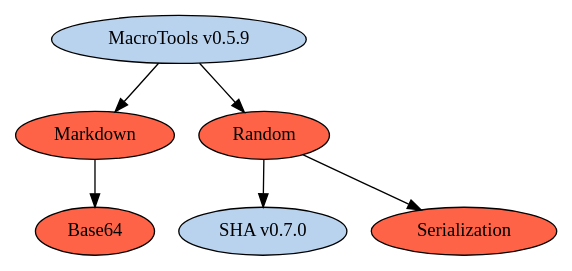
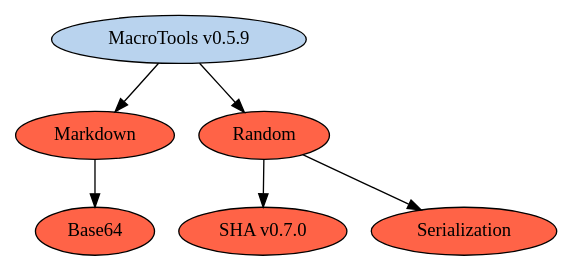
Before and after one commit to jkrumbiegel/jkrumbiegel.github.io: the diagram in pages/2022-08-26-pkg-introduction/index.qmd, drawn with Graphviz. The commit also changed other lines of this file, not shown here.

````diff
--- a/pages/2022-08-26-pkg-introduction/index.qmd
+++ b/pages/2022-08-26-pkg-introduction/index.qmd
@@ -178,15 +178,15 @@
 ```{dot}
 digraph G {
   MacroTools -> Markdown
   MacroTools -> Random
   Markdown -> Base64
   Random -> SHA
   Random -> Serialization
   MacroTools [label="MacroTools v0.5.9", style=filled, fillcolor="slategray2"]
-  SHA [label="SHA v0.7.0", style=filled, fillcolor="slategray2"]
+  SHA [label="SHA v0.7.0", style=filled, fillcolor="tomato"]
   Markdown [style=filled, fillcolor="tomato"]
   Random [style=filled, fillcolor="tomato"]
   Serialization [style=filled, fillcolor="tomato"]
   Base64 [style=filled, fillcolor="tomato"]
 }
 ```
````
